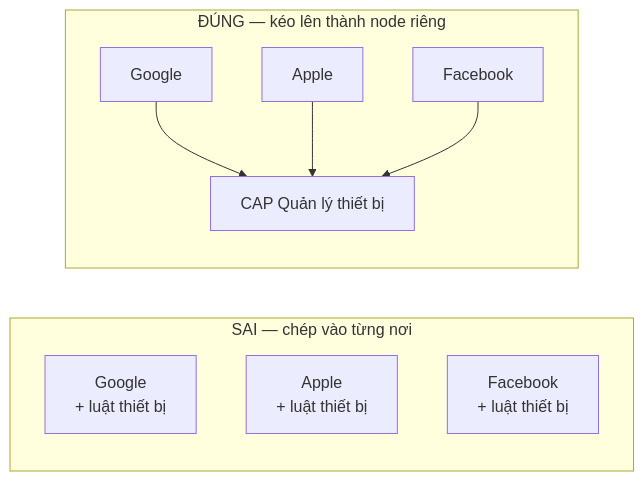
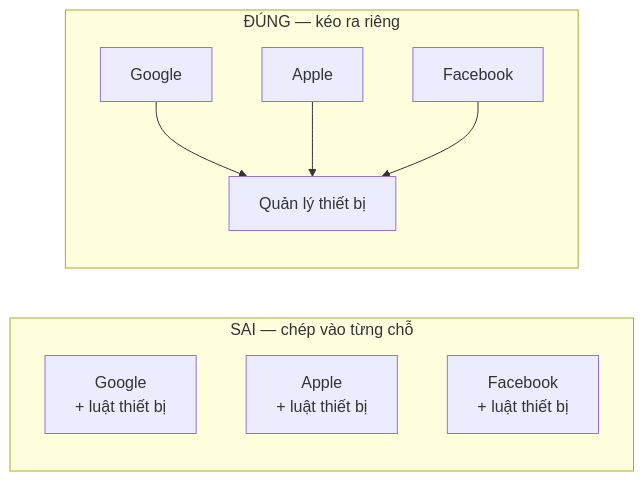
Before and after one commit to Kynderis/kendrick-ai-tools: the fourth of 6 diagrams in answer.md, drawn with Mermaid. The commit also changed other lines of this file and 1 other file, not shown here.

````diff
--- a/answer.md
+++ b/answer.md
@@ -194,13 +224,13 @@
 ```mermaid
 flowchart LR
-    subgraph SAI["SAI — chép vào từng nơi"]
+    subgraph SAI["SAI — chép vào từng chỗ"]
     A1["Google<br/>+ luật thiết bị"]
     A2["Apple<br/>+ luật thiết bị"]
     A3["Facebook<br/>+ luật thiết bị"]
     end
-    subgraph DUNG["ĐÚNG — kéo lên thành node riêng"]
-    B1["Google"] --> BC["CAP Quản lý thiết bị"]
+    subgraph DUNG["ĐÚNG — kéo ra riêng"]
+    B1["Google"] --> BC["Quản lý thiết bị"]
     B2["Apple"] --> BC
     B3["Facebook"] --> BC
     end
 ```
````
